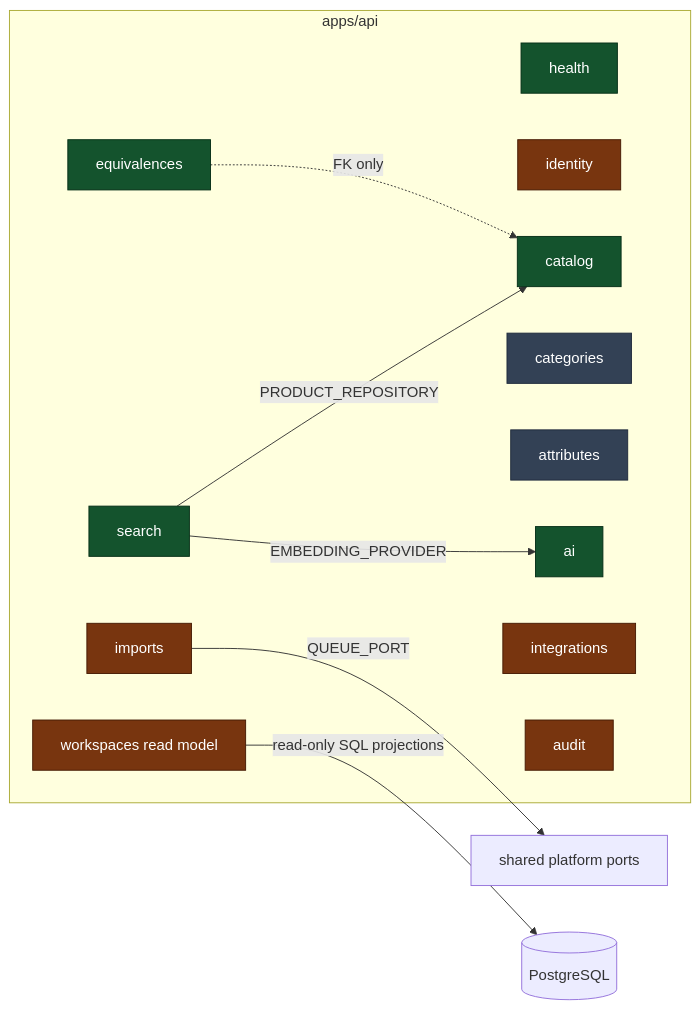
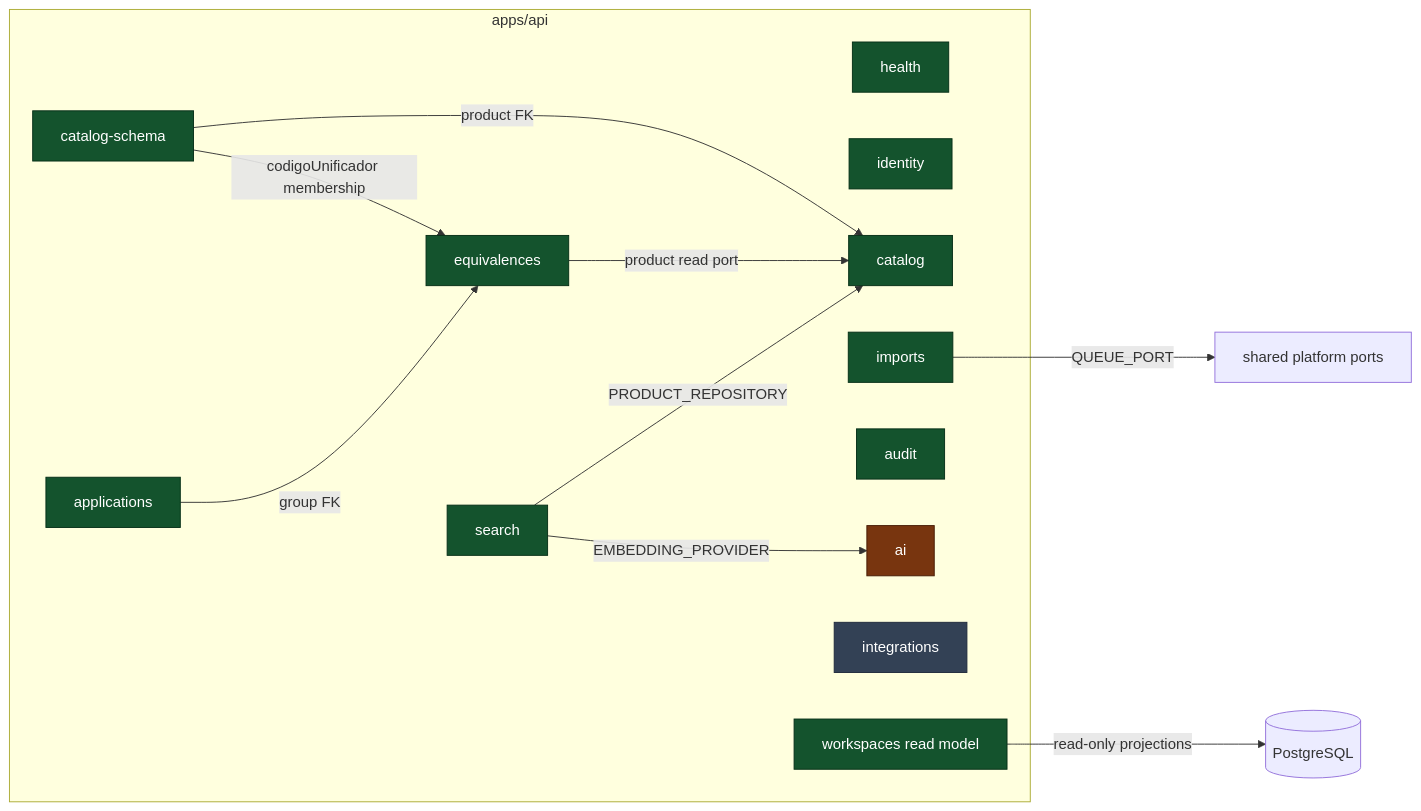
The diagram in docs/architecture/MODULE_ARCHITECTURE.md (EBIM-IA/cdr-pim-platform), drawn with Mermaid before and after one commit. The commit also changed other lines of this file and 183 other files, not shown here.

````diff
--- a/docs/architecture/MODULE_ARCHITECTURE.md
+++ b/docs/architecture/MODULE_ARCHITECTURE.md
@@ -3,30 +3,33 @@
 ```mermaid
 graph LR
     subgraph api[apps/api]
         health[health]
         identity[identity]
         catalog[catalog]
-        categories[categories]
-        attributes[attributes]
+        schema[catalog-schema]
+        applications[applications]
         equivalences[equivalences]
+        imports[imports]
+        audit[audit]
         search[search]
         ai[ai]
-        imports[imports]
         integrations[integrations]
-        audit[audit]
         workspaces[workspaces read model]
     end
 
+    schema -->|product FK| catalog
+    schema -->|codigoUnificador membership| equivalences
+    applications -->|group FK| equivalences
+    equivalences -->|product read port| catalog
     search -->|PRODUCT_REPOSITORY| catalog
     search -->|EMBEDDING_PROVIDER| ai
     imports -->|QUEUE_PORT| platform[shared platform ports]
-    equivalences -.->|FK only| catalog
-    workspaces -->|read-only SQL projections| database[(PostgreSQL)]
+    workspaces -->|read-only projections| database[(PostgreSQL)]
 
-    classDef done fill:#14532d,stroke:#052e16,color:#fff
+    classDef operational fill:#14532d,stroke:#052e16,color:#fff
     classDef partial fill:#78350f,stroke:#451a03,color:#fff
-    classDef scaffold fill:#334155,stroke:#1e293b,color:#fff
-    class health,catalog,search,ai,equivalences done
-    class identity,imports,integrations,audit,workspaces partial
-    class categories,attributes scaffold
+    classDef adapter fill:#334155,stroke:#1e293b,color:#fff
+    class health,identity,catalog,schema,applications,equivalences,imports,audit,search,workspaces operational
+    class ai partial
+    class integrations adapter
 ```
````
